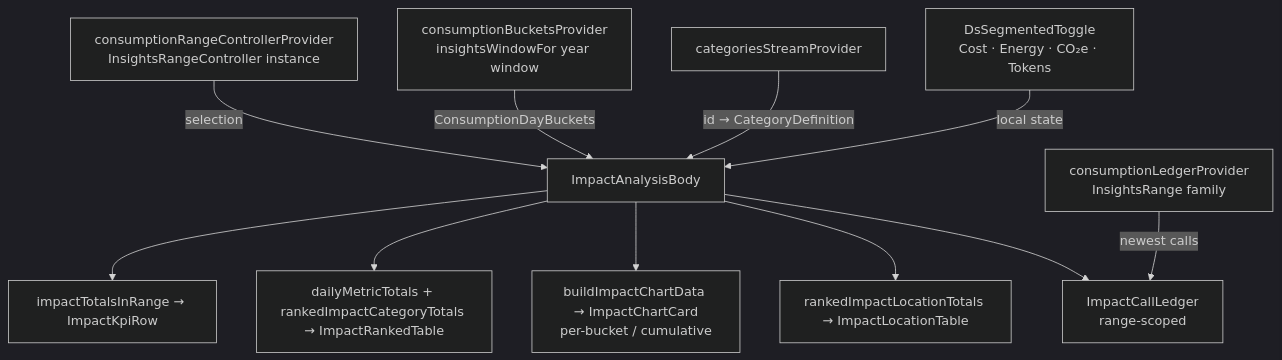
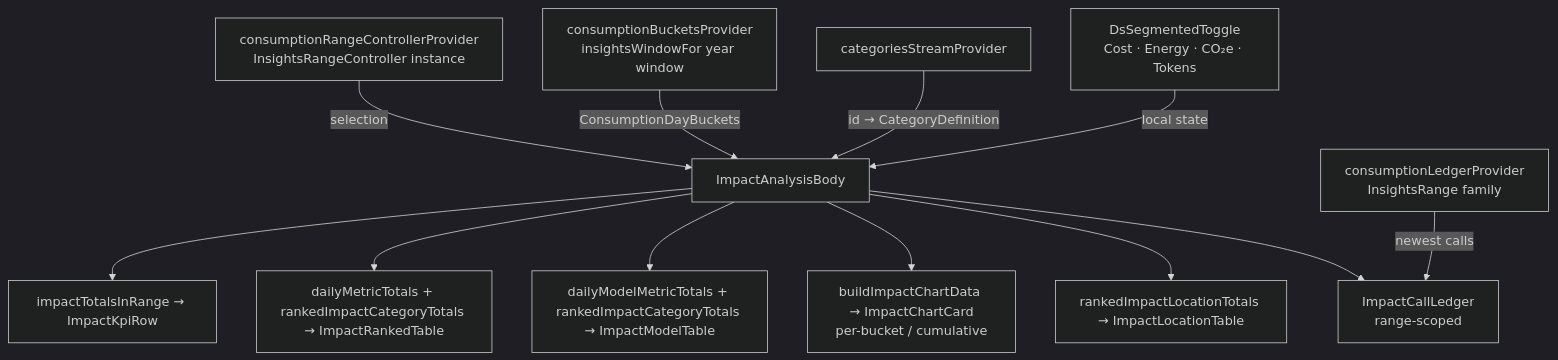
The third of 3 diagrams in lib/features/ai_consumption/README.md (matthiasn/lotti), drawn with Mermaid (dark theme) before and after one commit. The commit also changed other lines of this file and 31 other files, not shown here.

Commit message:
feat: add AI impact model stats

````diff
--- a/lib/features/ai_consumption/README.md
+++ b/lib/features/ai_consumption/README.md
@@ -154,13 +159,14 @@
 ```mermaid
 flowchart TD
   RC[consumptionRangeControllerProvider<br/>InsightsRangeController instance] -->|selection| Body[ImpactAnalysisBody]
   BP[consumptionBucketsProvider<br/>insightsWindowFor year window] -->|ConsumptionDayBuckets| Body
   Cat[categoriesStreamProvider] -->|id → CategoryDefinition| Body
   Body --> D1[impactTotalsInRange → ImpactKpiRow]
   Body --> D2[dailyMetricTotals + rankedImpactCategoryTotals → ImpactRankedTable]
-  Body --> D3[buildImpactChartData → ImpactChartCard<br/>per-bucket / cumulative]
-  Body --> D4[rankedImpactLocationTotals → ImpactLocationTable]
-  Body --> D5[ImpactCallLedger<br/>range-scoped]
-  LP[consumptionLedgerProvider<br/>InsightsRange family] -->|newest calls| D5
+  Body --> D3[dailyModelMetricTotals + rankedImpactCategoryTotals → ImpactModelTable]
+  Body --> D4[buildImpactChartData → ImpactChartCard<br/>per-bucket / cumulative]
+  Body --> D5[rankedImpactLocationTotals → ImpactLocationTable]
+  Body --> D6[ImpactCallLedger<br/>range-scoped]
+  LP[consumptionLedgerProvider<br/>InsightsRange family] -->|newest calls| D6
   Toggle[DsSegmentedToggle<br/>Cost · Energy · CO₂e · Tokens] -->|local state| Body
 ```
````
